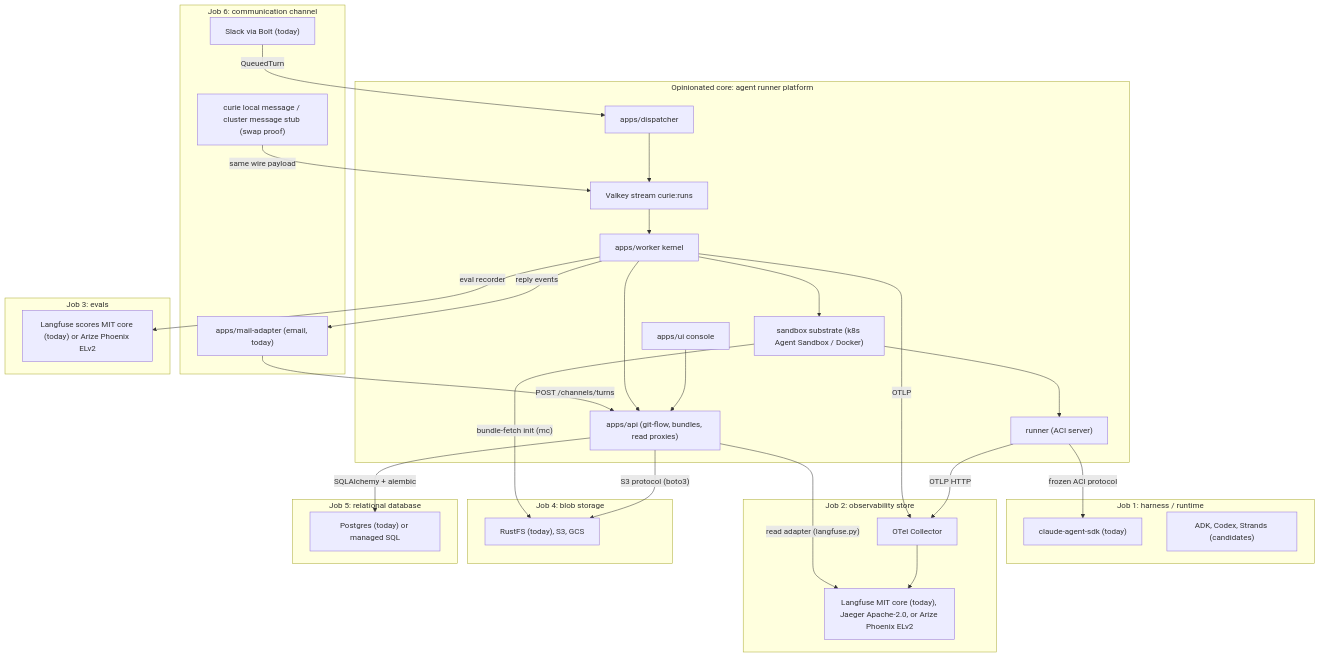
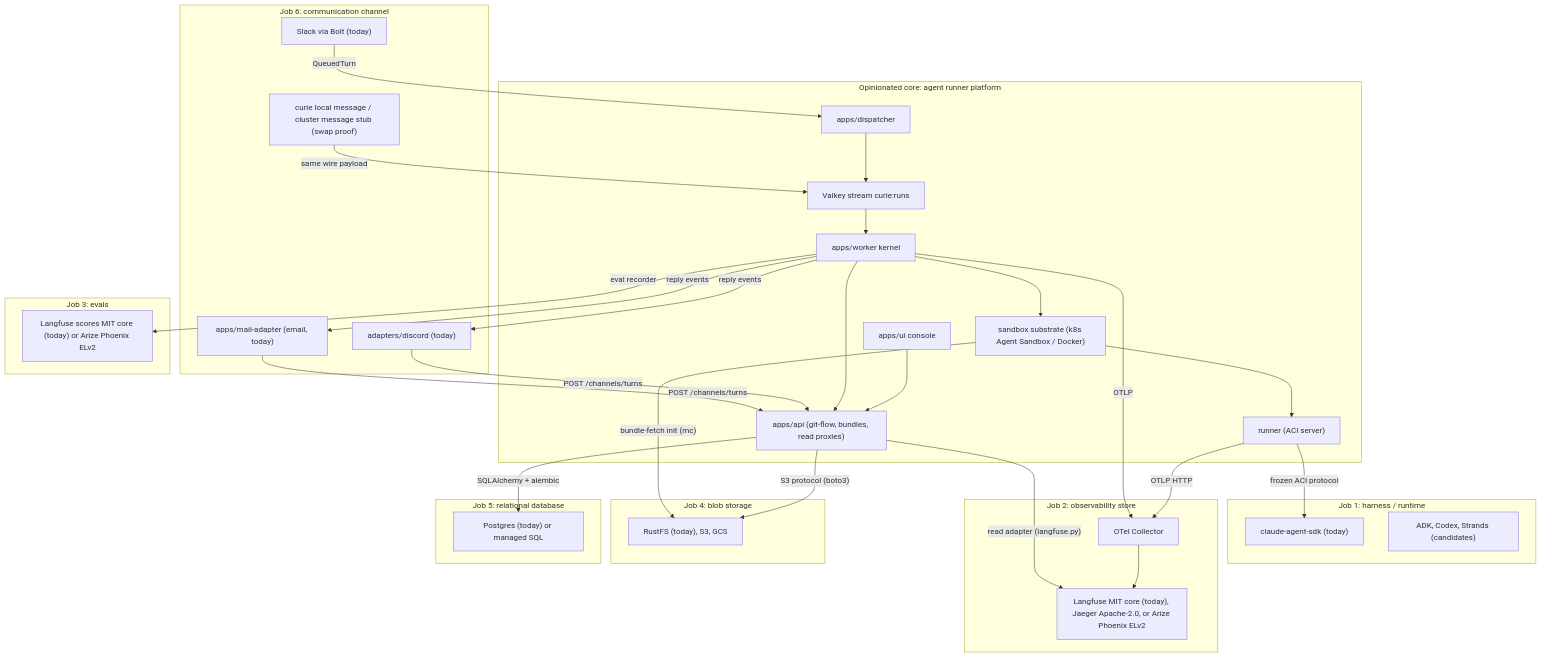
The diagram in docs/architecture-vision.md (curie-eng/agentos), drawn with Mermaid before and after one commit. The commit also changed other lines of this file and 4 other files, not shown here.

````diff
--- a/docs/architecture-vision.md
+++ b/docs/architecture-vision.md
@@ -259,57 +261,60 @@
 ```mermaid
 flowchart TB
     subgraph channel["Job 6: communication channel"]
         Slack["Slack via Bolt (today)"]
+        Discord["adapters/discord (today)"]
         Mail["apps/mail-adapter (email, today)"]
         CLIStub["curie local message / cluster message stub (swap proof)"]
     end
 
     subgraph core["Opinionated core: agent runner platform"]
         Dispatcher["apps/dispatcher"]
         Queue["Valkey stream curie:runs"]
         Worker["apps/worker kernel"]
         Substrate["sandbox substrate (k8s Agent Sandbox / Docker)"]
         Runner["runner (ACI server)"]
         API["apps/api (git-flow, bundles, read proxies)"]
         UI["apps/ui console"]
         Dispatcher --> Queue --> Worker --> Substrate --> Runner
         UI --> API
         Worker --> API
     end
 
     subgraph harness["Job 1: harness / runtime"]
         SDK["claude-agent-sdk (today)"]
         HarnessAlt["ADK, Codex, Strands (candidates)"]
     end
 
     subgraph obs["Job 2: observability store"]
         Collector["OTel Collector"]
         Langfuse["Langfuse MIT core (today), Jaeger Apache-2.0, or Arize Phoenix ELv2"]
         Collector --> Langfuse
     end
 
     subgraph evals["Job 3: evals"]
         EvalStore["Langfuse scores MIT core (today) or Arize Phoenix ELv2"]
     end
 
     subgraph blob["Job 4: blob storage"]
         S3["RustFS (today), S3, GCS"]
     end
 
     subgraph db["Job 5: relational database"]
         PG["Postgres (today) or managed SQL"]
     end
 
     Slack -- "QueuedTurn" --> Dispatcher
+    Discord -- "POST /channels/turns" --> API
+    Worker -- "reply events" --> Discord
     Mail -- "POST /channels/turns" --> API
     Worker -- "reply events" --> Mail
     CLIStub -- "same wire payload" --> Queue
     Runner -- "frozen ACI protocol" --> SDK
     Runner -- "OTLP HTTP" --> Collector
     Worker -- "OTLP" --> Collector
     API -- "read adapter (langfuse.py)" --> Langfuse
     Worker -- "eval recorder" --> EvalStore
     API -- "S3 protocol (boto3)" --> S3
     Substrate -- "bundle-fetch init (mc)" --> S3
     API -- "SQLAlchemy + alembic" --> PG
 ```
````
